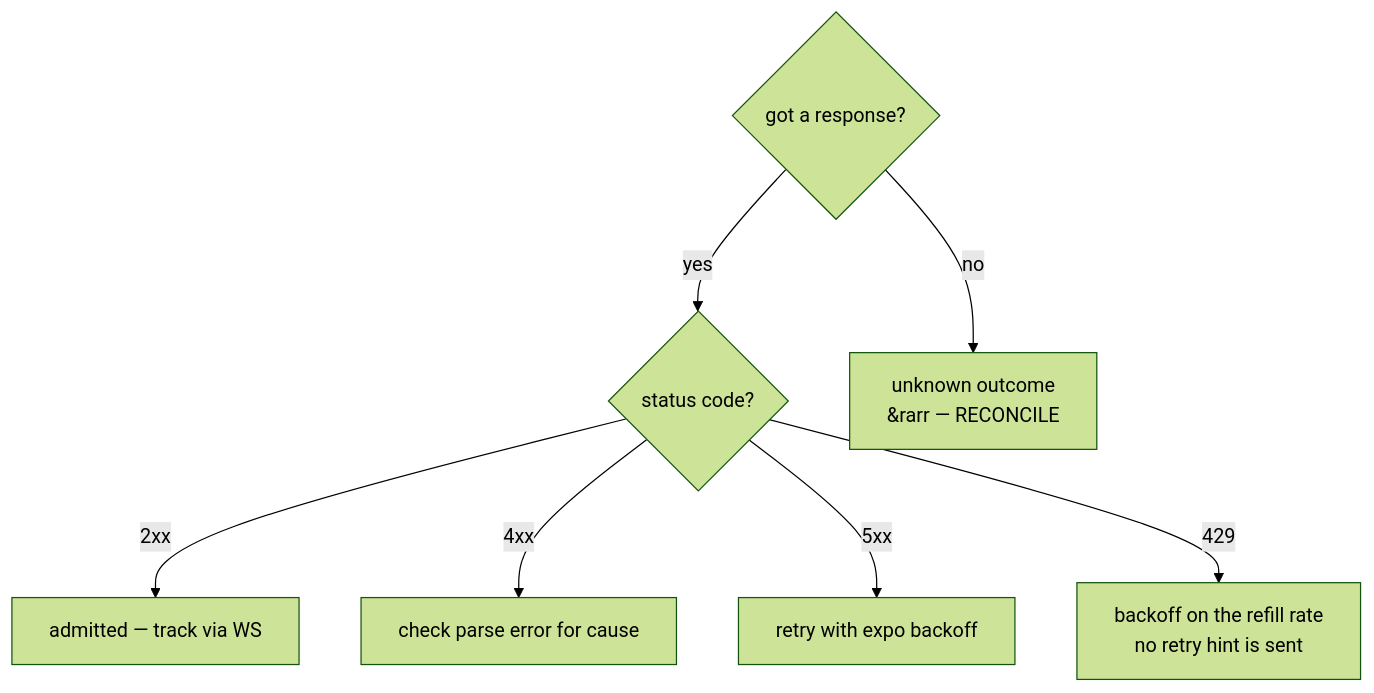
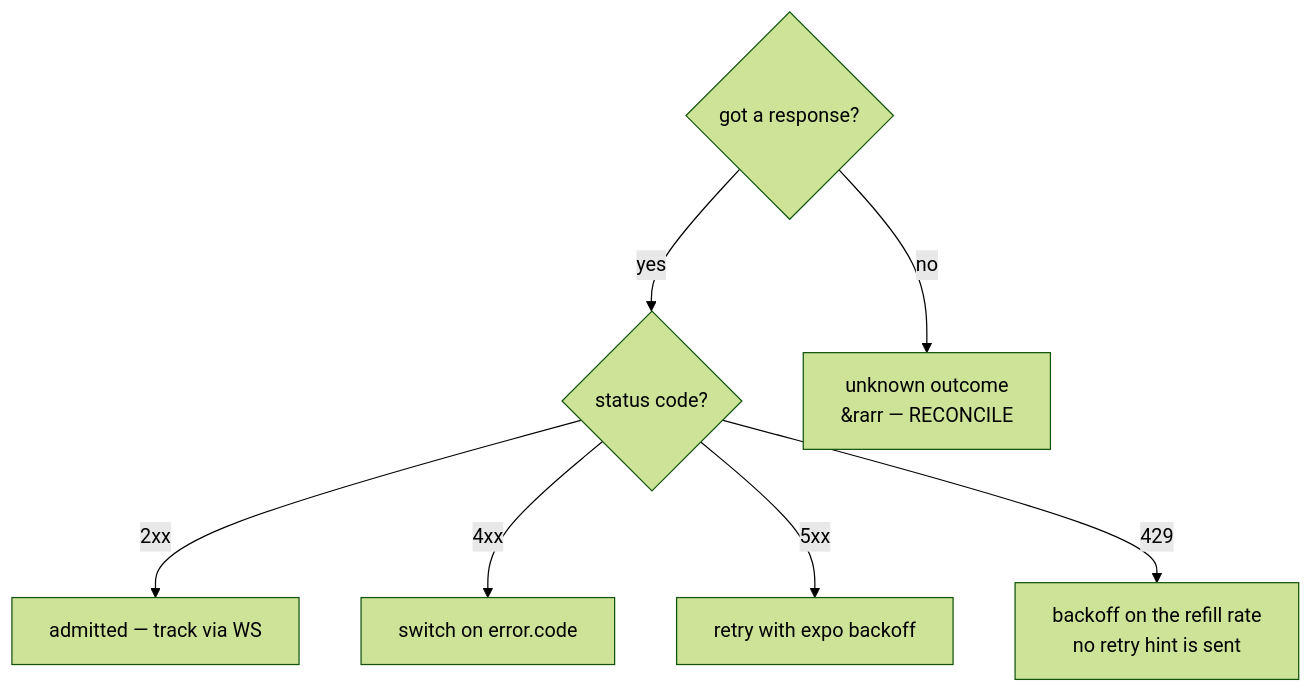
One commit to mtf-exchange/metaflux-knowledges changed the second of 3 diagrams in docs/integration/error-handling.md. Above: the diagram before and after it, drawn with Mermaid (forest theme). The commit also changed other lines of this file and 16 other files, not shown here.

````diff
--- a/docs/integration/error-handling.md
+++ b/docs/integration/error-handling.md
@@ -32,10 +32,10 @@
 ```mermaid
 flowchart TD
     G{"got a response?"}
     G -->|yes| S{"status code?"}
     G -->|no| U["unknown outcome<br/>&rarr — RECONCILE"]
     S -->|2xx| R2xx["admitted — track via WS"]
-    S -->|4xx| R4xx["check parse error for cause"]
+    S -->|4xx| R4xx["switch on error.code"]
     S -->|5xx| R5xx["retry with expo backoff"]
     S -->|429| R429["backoff on the refill rate<br/>no retry hint is sent"]
 ```
````
